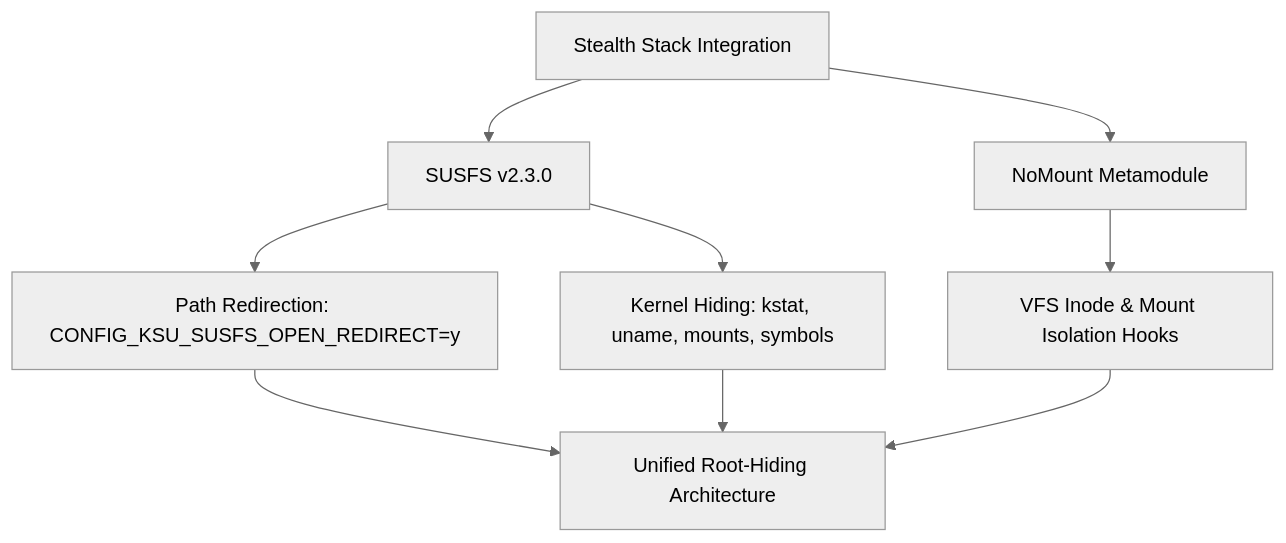
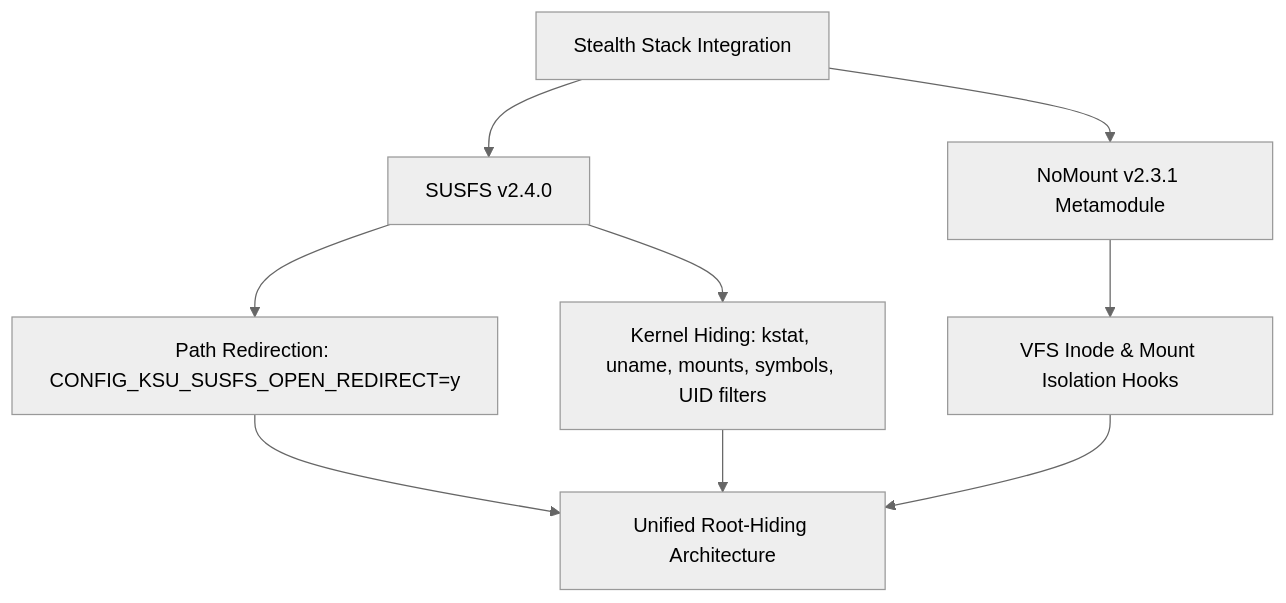
One commit to abidhasansojib/gki_kernel_builder changed the first of 2 diagrams in docs/ROOT_VARIANTS.md. Above: the diagram before and after it, drawn with Mermaid (neutral theme). The commit also changed other lines of this file and 19 other files, not shown here.

Commit message:
feat: add USB Arsenal 6.12 patches, SUSFS v2.4.0, NoMount v2.3.1, and scoped-storage Unicode filter

````diff
--- a/docs/ROOT_VARIANTS.md
+++ b/docs/ROOT_VARIANTS.md
@@ -21,11 +21,11 @@
 ```mermaid
 flowchart TD
-    A[Stealth Stack Integration] --> B[SUSFS v2.3.0]
-    A --> C[NoMount Metamodule]
+    A[Stealth Stack Integration] --> B[SUSFS v2.4.0]
+    A --> C[NoMount v2.3.1 Metamodule]
     B --> D[Path Redirection: CONFIG_KSU_SUSFS_OPEN_REDIRECT=y]
-    B --> E[Kernel Hiding: kstat, uname, mounts, symbols]
+    B --> E[Kernel Hiding: kstat, uname, mounts, symbols, UID filters]
     C --> F[VFS Inode & Mount Isolation Hooks]
     D --> G[Unified Root-Hiding Architecture]
     E --> G
     F --> G
 ```
````
